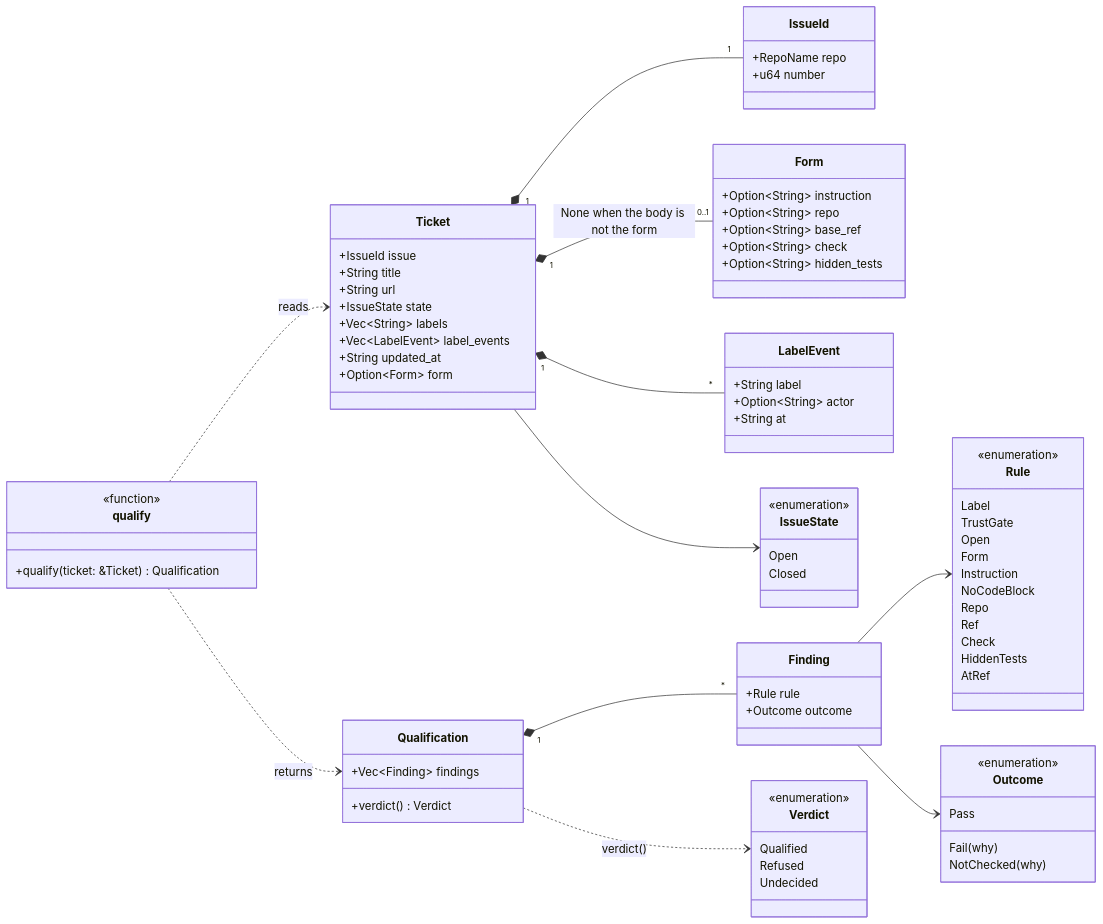
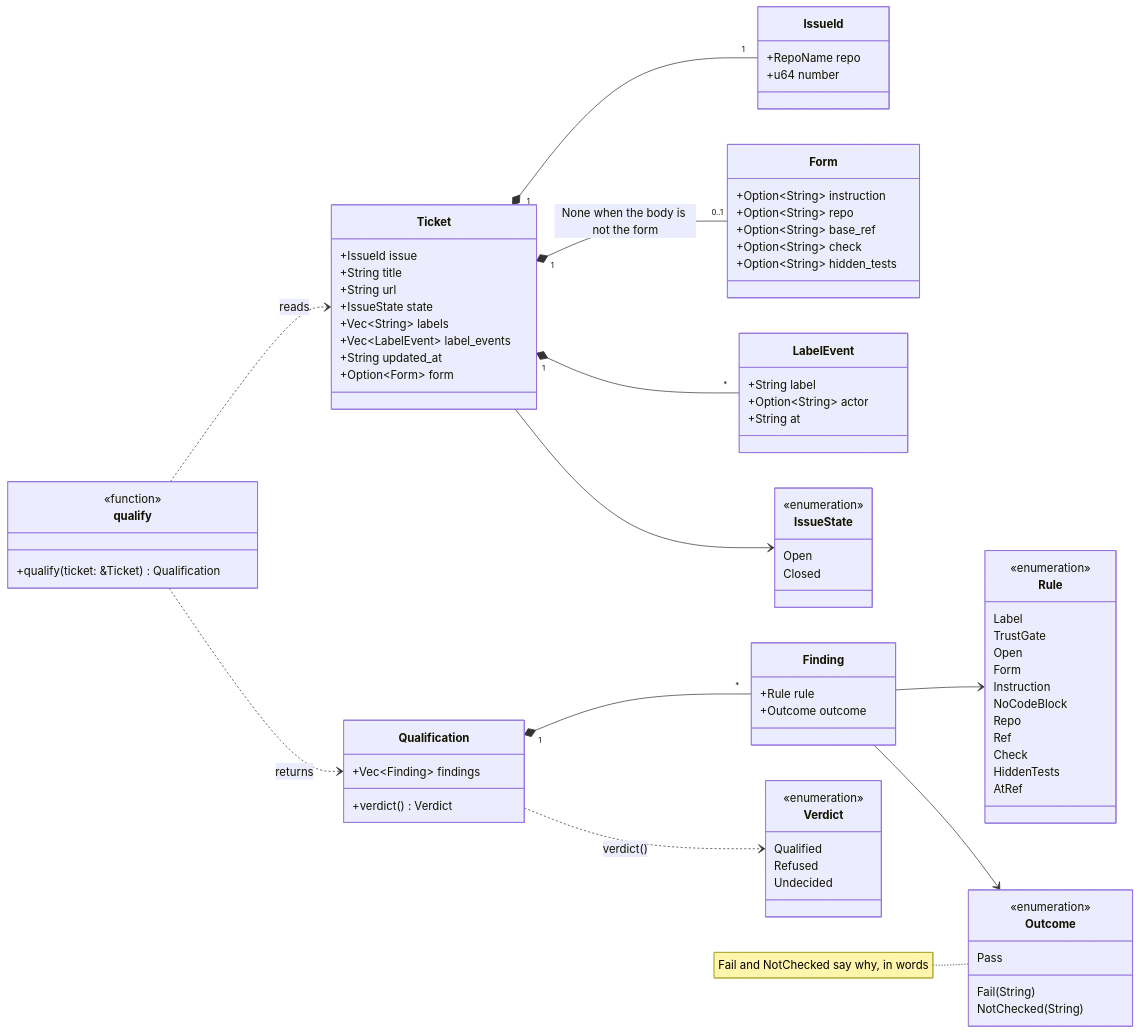
One commit to KombuseLabs/kai changed the first of 4 diagrams in docs/qualify.md. Above: the diagram before and after it, drawn with Mermaid. The commit also changed other lines of this file and 44 other files, not shown here.

First line of the commit message:
diagrams: check Mermaid against Rust and generate planned stubs

````diff
--- a/docs/qualify.md
+++ b/docs/qualify.md
@@ -10,4 +10,5 @@
 ```mermaid
+%% checked against crates/types, crates/engine
 classDiagram
     direction LR
 
@@ -73,8 +74,8 @@
     class Outcome {
         <<enumeration>>
         Pass
-        Fail(why)
-        NotChecked(why)
+        Fail(String)
+        NotChecked(String)
     }
     class Verdict {
         <<enumeration>>
@@ -93,4 +94,5 @@
     Finding --> Rule
     Finding --> Outcome
     Qualification ..> Verdict : verdict()
+    note for Outcome "Fail and NotChecked say why, in words"
 ```
````
